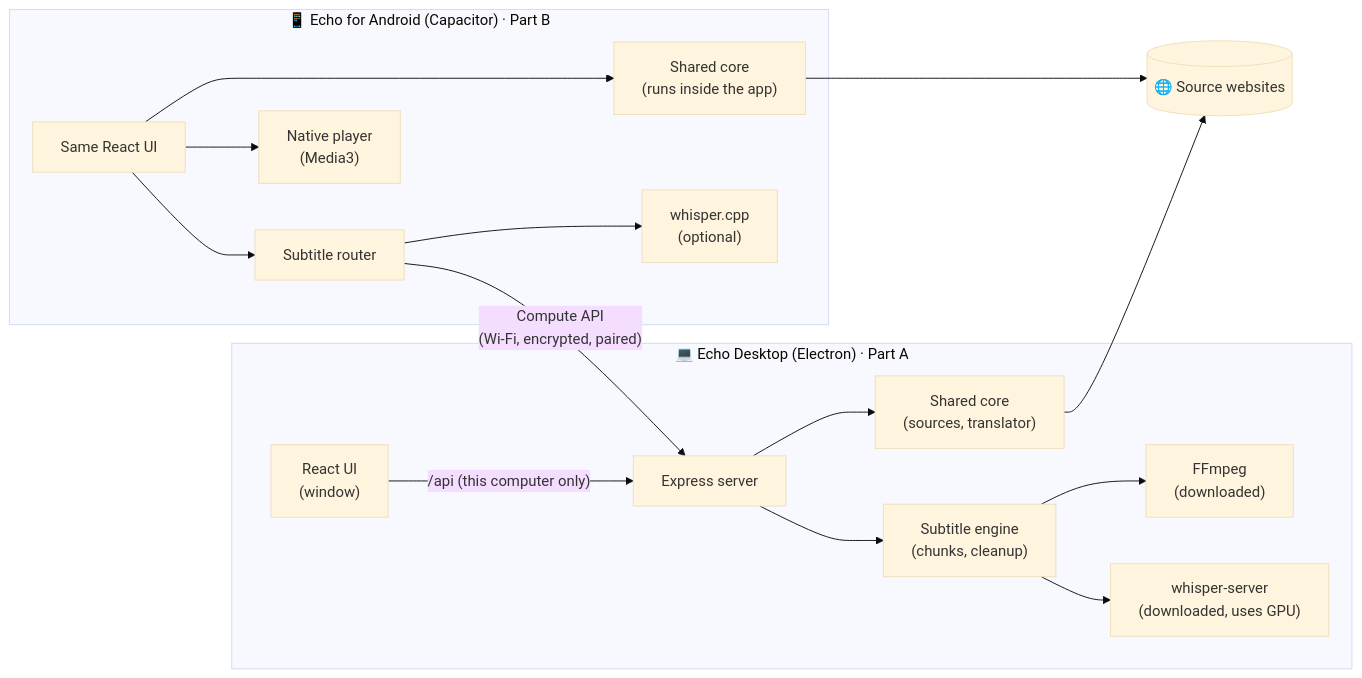
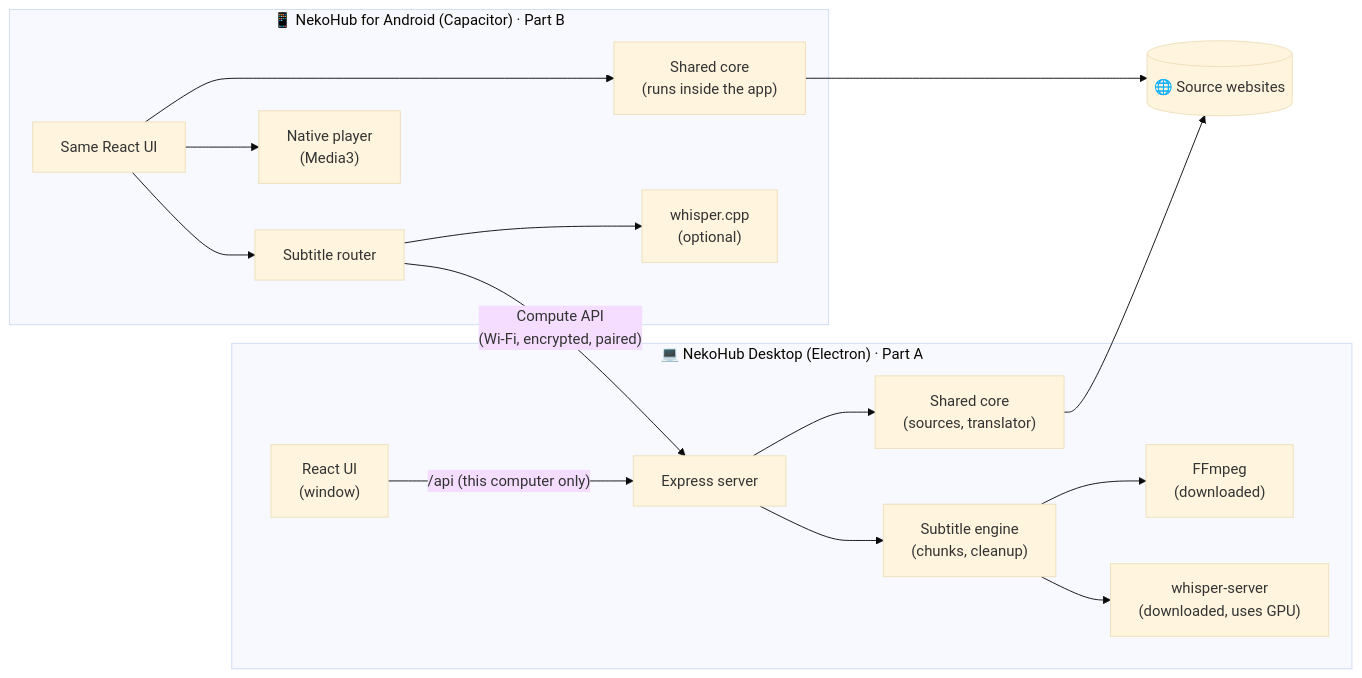
One commit to PrathameshBelvalkar/web-asmrone changed the second of 21 diagrams in PLAN.md. Above: the diagram before and after it, drawn with Mermaid (base theme). The commit also changed other lines of this file and 79 other files, not shown here.

First line of the commit message:
Rename the app from Echo to NekoHub

````diff
--- a/PLAN.md
+++ b/PLAN.md
@@ -128,34 +128,34 @@
 ```mermaid
 flowchart LR
-    subgraph PC["💻 Echo Desktop (Electron) · Part A"]
+    subgraph PC["💻 NekoHub Desktop (Electron) · Part A"]
         UI1["React UI<br/>(window)"]
         SRV["Express server"]
         CORE1["Shared core<br/>(sources, translator)"]
         SUB1["Subtitle engine<br/>(chunks, cleanup)"]
         FF1["FFmpeg<br/>(downloaded)"]
         WH1["whisper-server<br/>(downloaded, uses GPU)"]
         UI1 -- "/api (this computer only)" --> SRV
         SRV --> CORE1
         SRV --> SUB1
         SUB1 --> FF1
         SUB1 --> WH1
     end
 
-    subgraph PHONE["📱 Echo for Android (Capacitor) · Part B"]
+    subgraph PHONE["📱 NekoHub for Android (Capacitor) · Part B"]
         UI2["Same React UI"]
         CORE2["Shared core<br/>(runs inside the app)"]
         ROUTER["Subtitle router"]
         PLAYER["Native player<br/>(Media3)"]
         WH2["whisper.cpp<br/>(optional)"]
         UI2 --> CORE2
         UI2 --> PLAYER
         UI2 --> ROUTER
         ROUTER --> WH2
     end
 
     NET[("🌐 Source websites")]
 
     CORE1 --> NET
     CORE2 --> NET
     ROUTER -- "Compute API<br/>(Wi-Fi, encrypted, paired)" --> SRV
 ```
````
